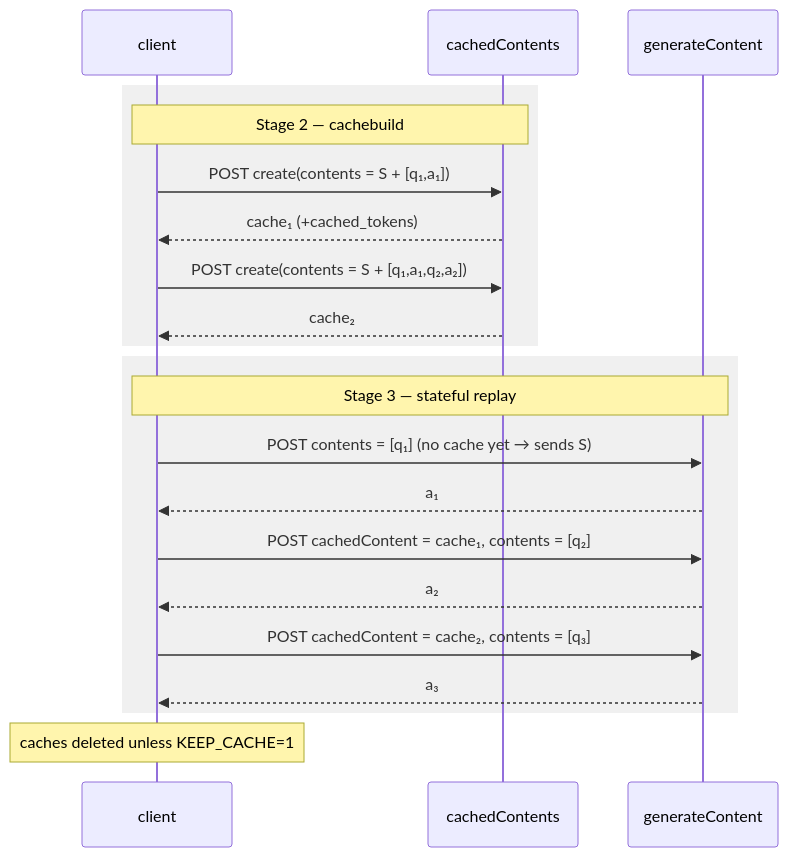
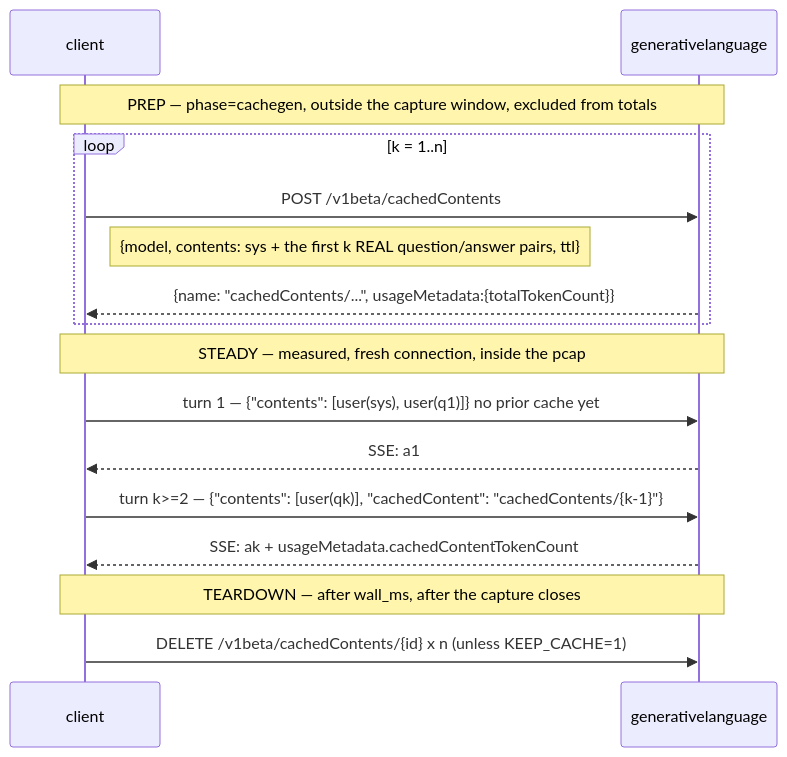
Before and after one commit to sangrokhan/remote_work: the fifth of 9 diagrams in gemini_token_test/docs/call-flow.md, drawn with Mermaid. The commit also changed other lines of this file and 6 other files, not shown here.

````diff
--- a/gemini_token_test/docs/call-flow.md
+++ b/gemini_token_test/docs/call-flow.md
@@ -113,25 +179,18 @@
 ```mermaid
 sequenceDiagram
-  participant C as client
-  participant K as cachedContents
-  participant V as generateContent
-
-  rect rgb(240,240,240)
-  Note over C,K: Stage 2 — cachebuild
-  C->>K: POST create(contents = S + [q₁,a₁])
-  K-->>C: cache₁ (+cached_tokens)
-  C->>K: POST create(contents = S + [q₁,a₁,q₂,a₂])
-  K-->>C: cache₂
-  end
-
-  rect rgb(240,240,240)
-  Note over C,V: Stage 3 — stateful replay
-  C->>V: POST contents = [q₁] (no cache yet → sends S)
-  V-->>C: a₁
-  C->>V: POST cachedContent = cache₁, contents = [q₂]
-  V-->>C: a₂
-  C->>V: POST cachedContent = cache₂, contents = [q₃]
-  V-->>C: a₃
-  end
-  Note over C: caches deleted unless KEEP_CACHE=1
+    participant C as client
+    participant G as generativelanguage
+    Note over C,G: PREP — phase=cachegen, outside the capture window, excluded from totals
+    loop k = 1..n
+        C->>G: POST /v1beta/cachedContents
+        Note right of C: {model, contents: sys + the first k REAL question/answer pairs, ttl}
+        G-->>C: {name: "cachedContents/...", usageMetadata:{totalTokenCount}}
+    end
+    Note over C,G: STEADY — measured, fresh connection, inside the pcap
+    C->>G: turn 1 — {"contents": [user(sys), user(q1)]}   no prior cache yet
+    G-->>C: SSE: a1
+    C->>G: turn k>=2 — {"contents": [user(qk)], "cachedContent": "cachedContents/{k-1}"}
+    G-->>C: SSE: ak + usageMetadata.cachedContentTokenCount
+    Note over C,G: TEARDOWN — after wall_ms, after the capture closes
+    C->>G: DELETE /v1beta/cachedContents/{id}  x n   (unless KEEP_CACHE=1)
 ```
````
